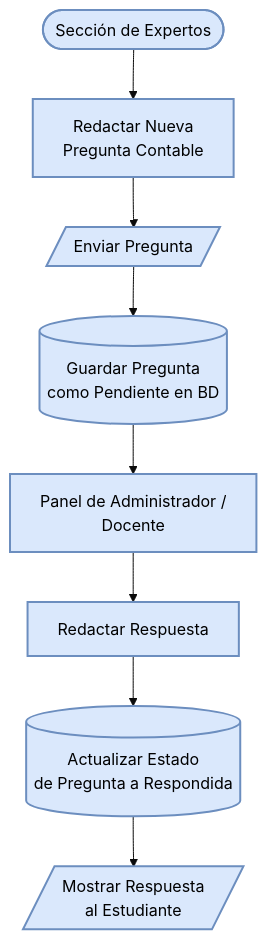
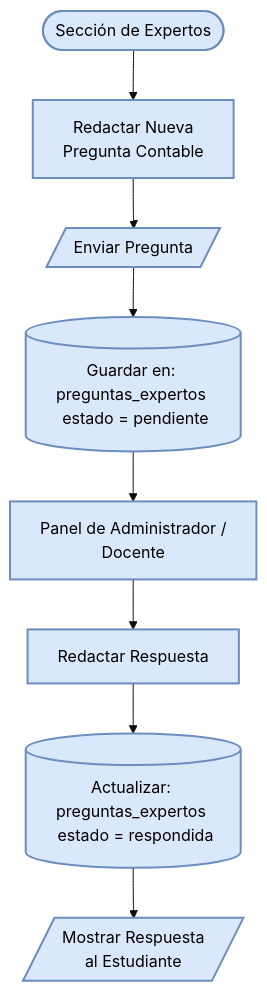
One commit to ManuelZunigaDev/debihaby changed the diagram in docs/dfd_06_panel_expertos.md. Above: the diagram before and after it, drawn with Mermaid (base theme). The commit also changed 9 other files, not shown here.

Commit message:
docs: DFD and diagrams, and structure BD V2

````diff
--- a/docs/dfd_06_panel_expertos.md
+++ b/docs/dfd_06_panel_expertos.md
@@ -5,13 +5,13 @@
 ```mermaid
 flowchart TD
     Inicio([Sección de Expertos]) --> Pregunta[Redactar Nueva <br> Pregunta Contable]
     Pregunta --> Enviar[/Enviar Pregunta/]
-    Enviar --> BDPending[(Guardar Pregunta <br> como Pendiente en BD)]
+    Enviar --> BDPending[(Guardar en: preguntas_expertos <br> estado = pendiente)]
     BDPending --> AdminPanel[Panel de Administrador / <br> Docente]
     AdminPanel --> Responder[Redactar Respuesta]
-    Responder --> BDAnswered[(Actualizar Estado <br> de Pregunta a Respondida)]
+    Responder --> BDAnswered[(Actualizar: preguntas_expertos <br> estado = respondida)]
     BDAnswered --> Notificar[/Mostrar Respuesta <br> al Estudiante/]
 
     %% Estilo general tipo Visio/DIA
     classDef default fill:#dae8fc,stroke:#6c8ebf,stroke-width:2px,color:#000;
 ```
````
